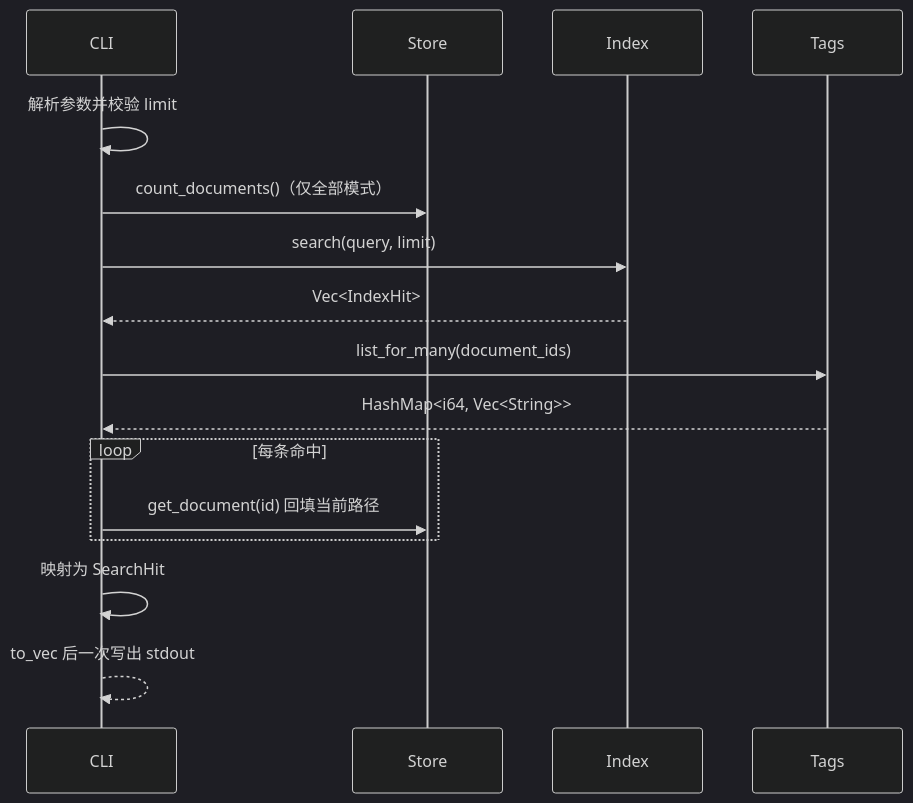
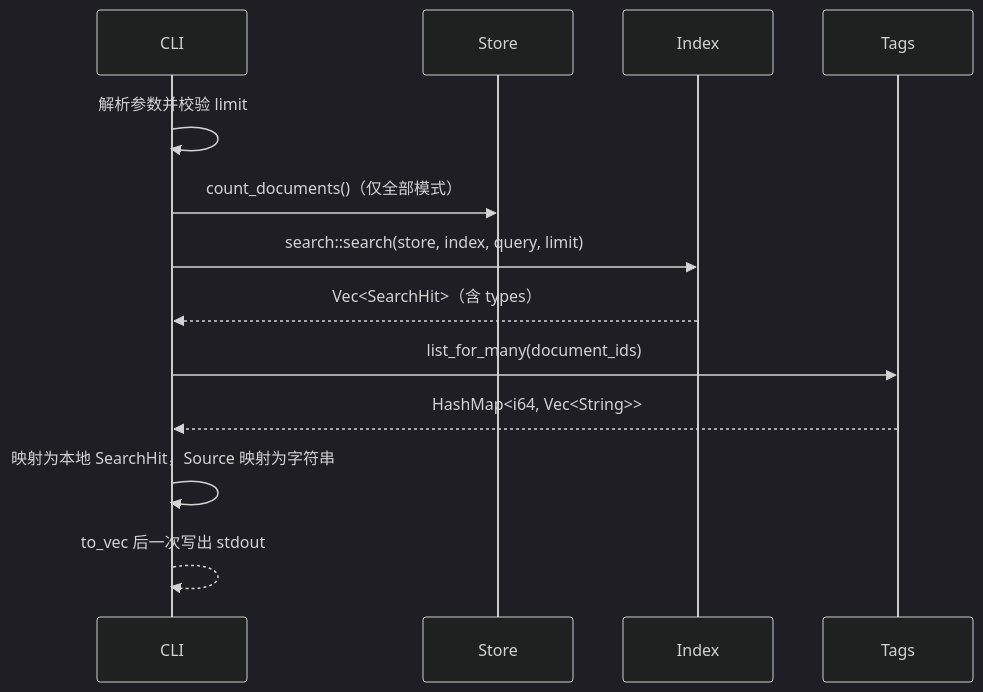
One commit to yangyingchao/knowcraft changed the second of 2 diagrams in docs/superpowers/specs/2026-11-08-cli-search-json-design.md. Above: the diagram before and after it, drawn with Mermaid (dark theme). The commit also changed other lines of this file and 9 other files, not shown here.

````diff
--- a/docs/superpowers/specs/2026-11-08-cli-search-json-design.md
+++ b/docs/superpowers/specs/2026-11-08-cli-search-json-design.md
@@ -131,18 +148,15 @@
 ```mermaid
 sequenceDiagram
     participant CLI
     participant Store
     participant Index
     participant Tags
     CLI->>CLI: 解析参数并校验 limit
     CLI->>Store: count_documents()（仅全部模式）
-    CLI->>Index: search(query, limit)
-    Index-->>CLI: Vec<IndexHit>
+    CLI->>Index: search::search(store, index, query, limit)
+    Index-->>CLI: Vec<SearchHit>（含 types）
     CLI->>Tags: list_for_many(document_ids)
     Tags-->>CLI: HashMap<i64, Vec<String>>
-    loop 每条命中
-        CLI->>Store: get_document(id) 回填当前路径
-    end
-    CLI->>CLI: 映射为 SearchHit
+    CLI->>CLI: 映射为本地 SearchHit，Source 映射为字符串
     CLI-->>CLI: to_vec 后一次写出 stdout
 ```
````
